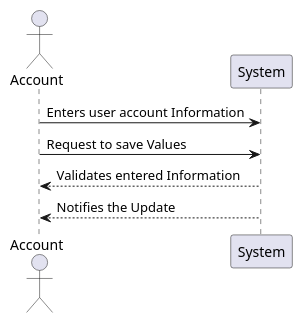
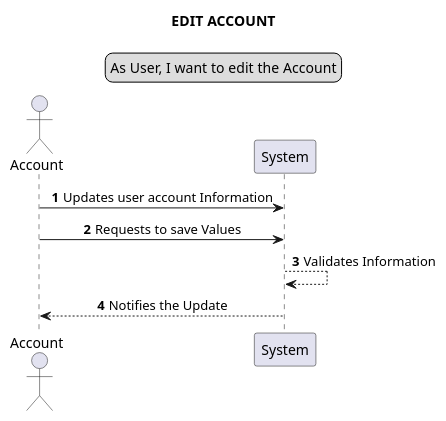
One commit to Loracline/project_switch_22-23 changed the seventh of 25 diagrams in docs/data_model/System Sequence Diagram.puml. Above: the diagram before and after it, drawn with PlantUML. The commit also changed other lines of this file, not shown here.

First line of the commit message:
[None US number]: [Project]: [System Sequence Diagram]

```diff
--- a/docs/data_model/System Sequence Diagram.puml
+++ b/docs/data_model/System Sequence Diagram.puml
@@ -70,7 +95,13 @@
 @startuml
+skinparam sequenceMessageAlign center
+autonumber
+title EDIT ACCOUNT
+legend top
+As User, I want to edit the Account
+end legend
 actor Account
-Account -> System: Enters user account Information
-Account -> System: Request to save Values
-Account <-- System: Validates entered Information
+Account -> System: Updates user account Information
+Account -> System: Requests to save Values
+System --> System: Validates Information
 Account <-- System: Notifies the Update
 @enduml
```
